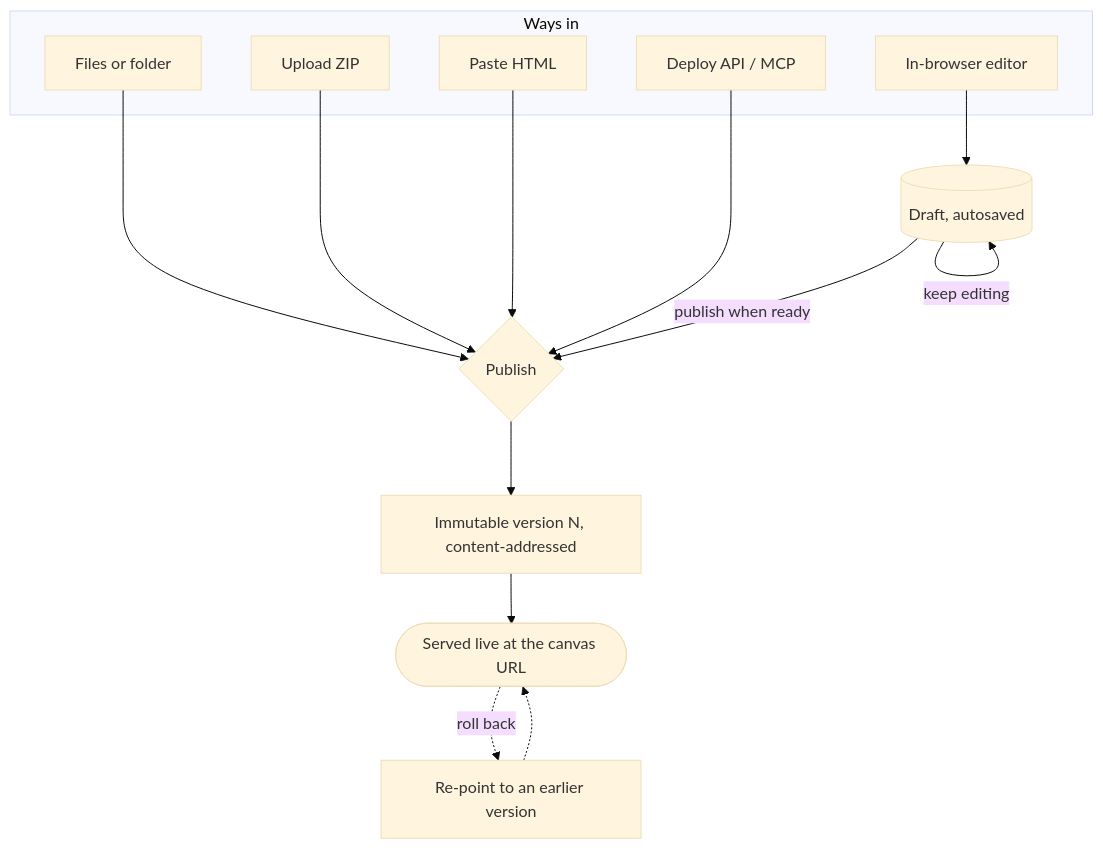
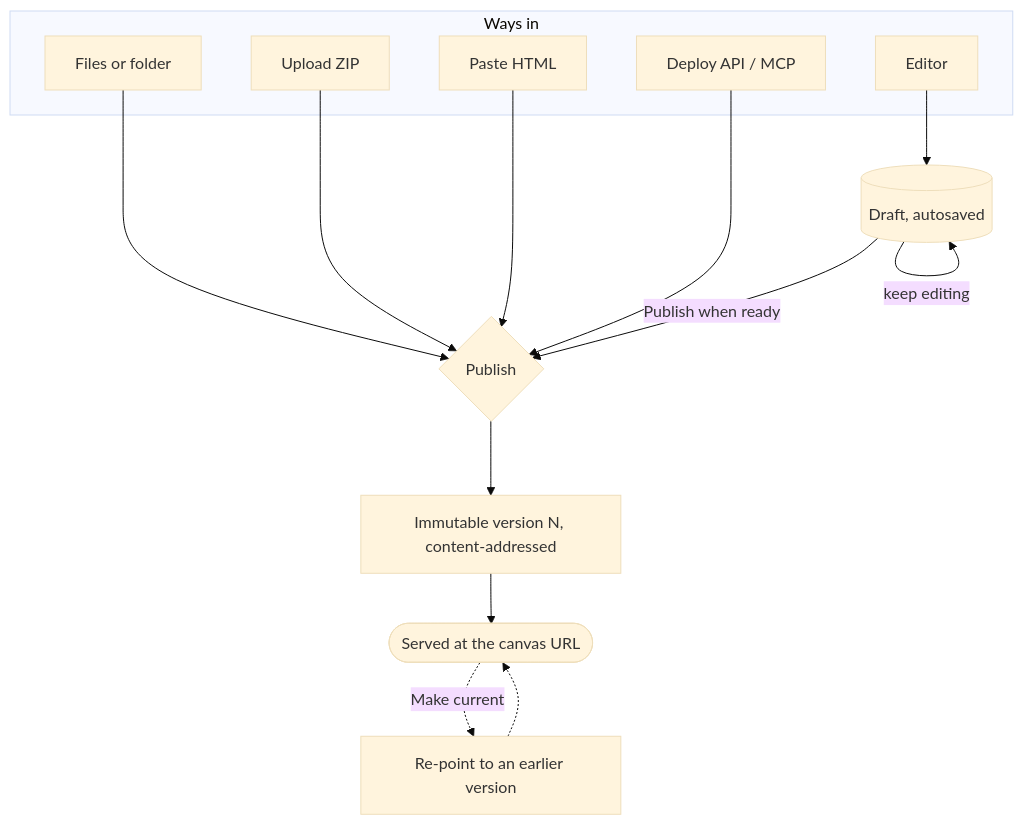
Before and after one commit to markpasternak/canvas-drop: the diagram in docs/site/authoring/create-and-publish.md, drawn with Mermaid (base theme). The commit also changed other lines of this file and 35 other files, not shown here.

````diff
--- a/docs/site/authoring/create-and-publish.md
+++ b/docs/site/authoring/create-and-publish.md
@@ -23,21 +31,21 @@
 ```mermaid
 flowchart TD
     subgraph Sources["Ways in"]
       DnD[Files or folder]
       Zip[Upload ZIP]
       Paste[Paste HTML]
       API[Deploy API / MCP]
-      Ed[In-browser editor]
+      Ed[Editor]
     end
     DnD --> Pub{Publish}
     Zip --> Pub
     Paste --> Pub
     API --> Pub
     Ed --> Draft[(Draft, autosaved)]
     Draft -->|keep editing| Draft
-    Draft -->|publish when ready| Pub
+    Draft -->|Publish when ready| Pub
     Pub --> V[Immutable version N, content-addressed]
-    V --> Live([Served live at the canvas URL])
-    Live -.->|roll back| Prev[Re-point to an earlier version]
+    V --> Live([Served at the canvas URL])
+    Live -.->|Make current| Prev[Re-point to an earlier version]
     Prev -.-> Live
 ```
````
